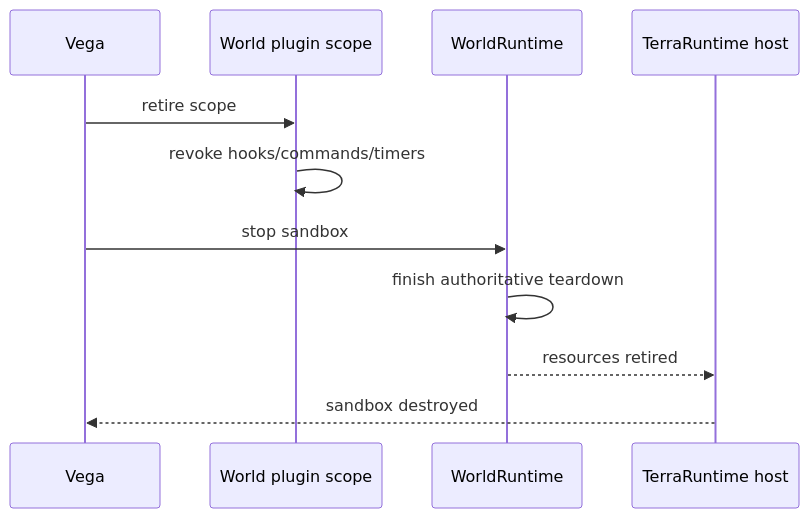
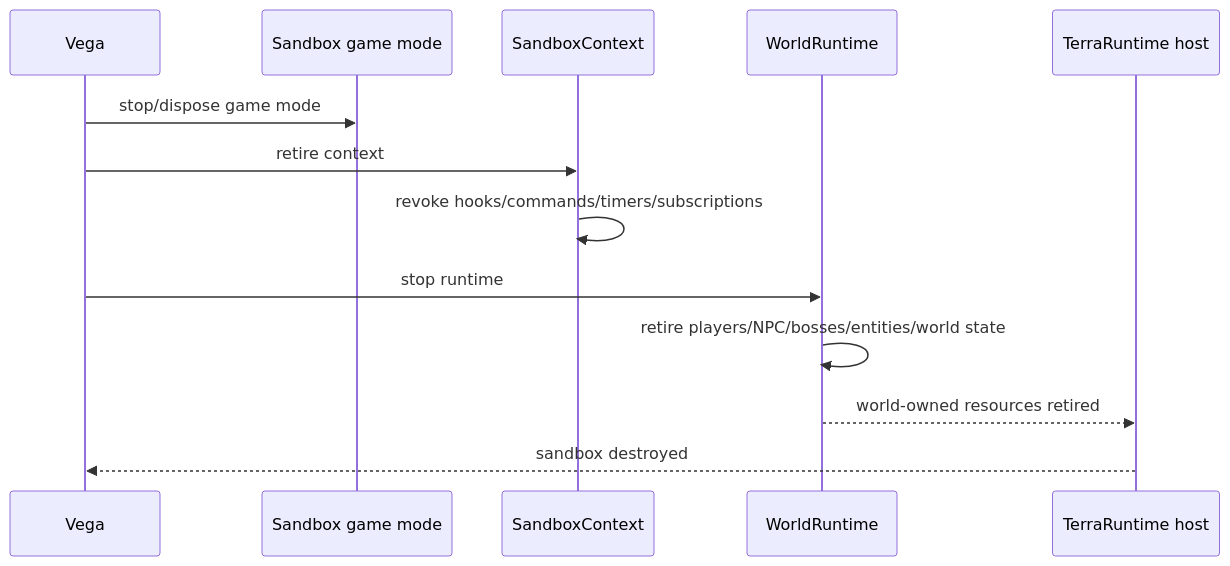
Before and after one commit to VegaKernel/TerraRuntime: the ninth of 9 diagrams in docs/en/sandbox/level-1.md, drawn with Mermaid. The commit also changed other lines of this file and 3 other files, not shown here.

First line of the commit message:
Document Level 1 plugin and world isolation

````diff
--- a/docs/en/sandbox/level-1.md
+++ b/docs/en/sandbox/level-1.md
@@ -61,14 +199,16 @@
 ```mermaid
 sequenceDiagram
     participant V as Vega
-    participant P as World plugin scope
+    participant G as Sandbox game mode
+    participant S as SandboxContext
     participant R as WorldRuntime
     participant H as TerraRuntime host
 
-    V->>P: retire scope
-    P->>P: revoke hooks/commands/timers
-    V->>R: stop sandbox
-    R->>R: finish authoritative teardown
-    R-->>H: resources retired
+    V->>G: stop/dispose game mode
+    V->>S: retire context
+    S->>S: revoke hooks/commands/timers/subscriptions
+    V->>R: stop runtime
+    R->>R: retire players/NPC/bosses/entities/world state
+    R-->>H: world-owned resources retired
     H-->>V: sandbox destroyed
 ```
````
